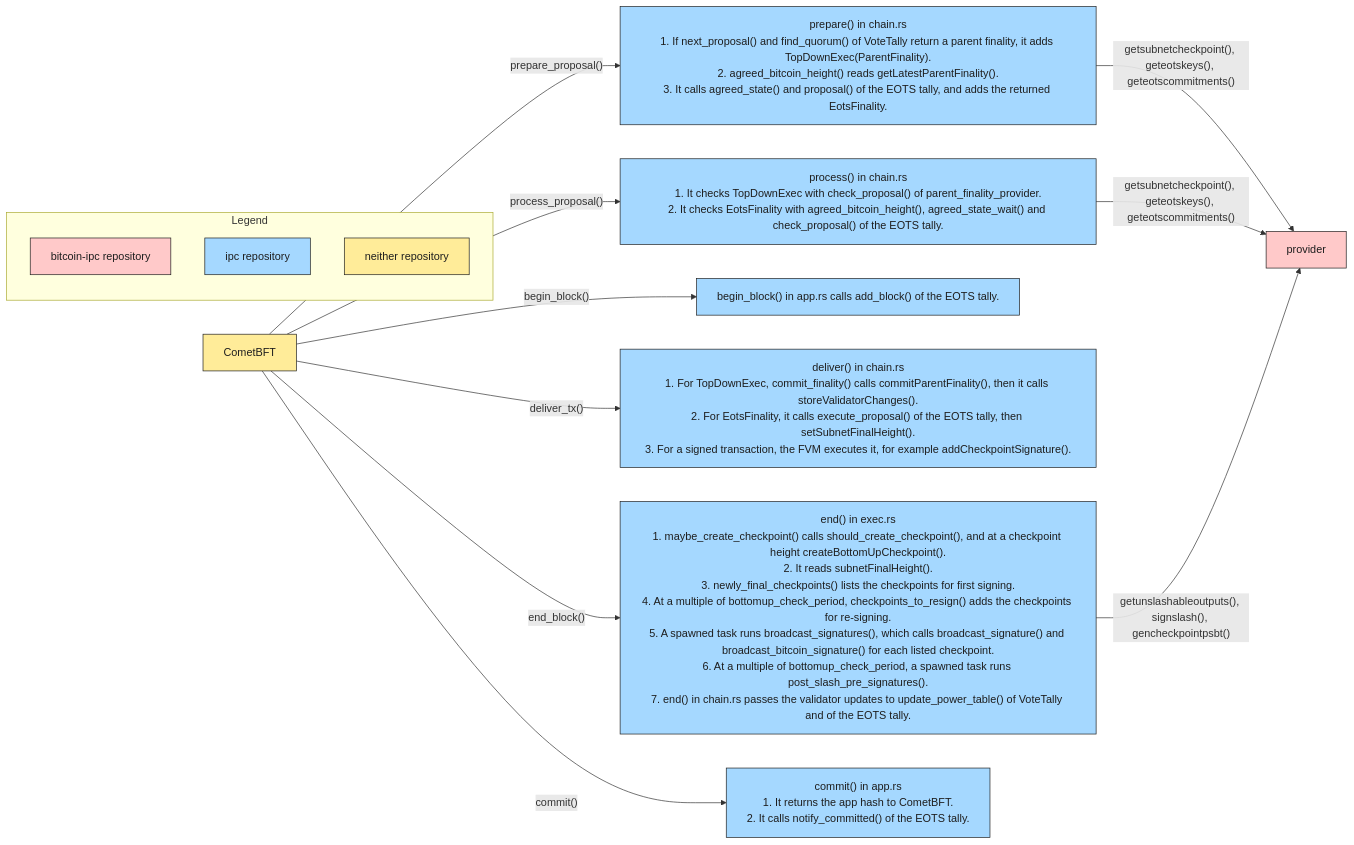
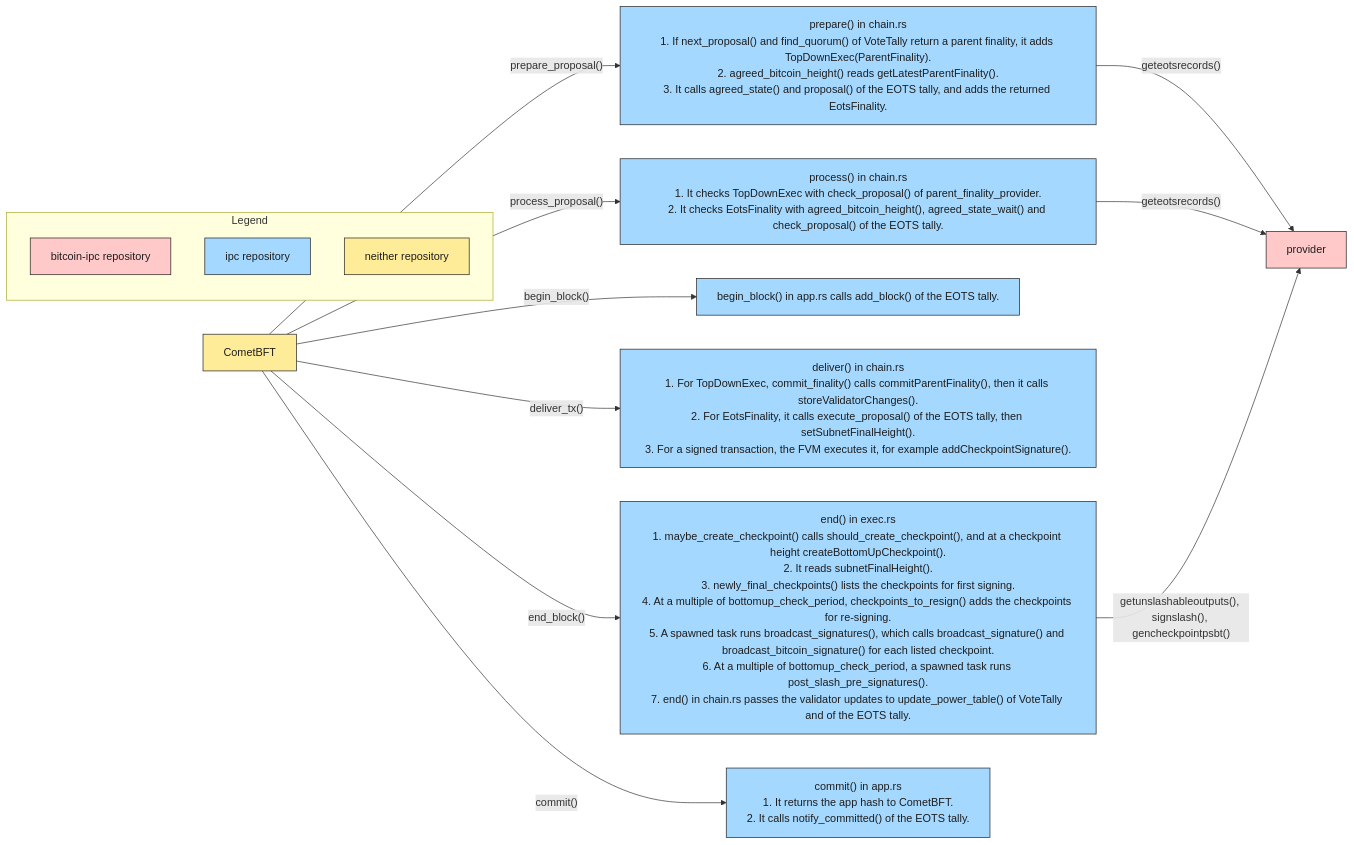
The second of 3 diagrams in docs/architecture/finality-and-checkpoints.md (bitcoinscalinglabs/bitcoin-ipc), drawn with Mermaid before and after one commit. The commit also changed other lines of this file and 16 other files, not shown here.

````diff
--- a/docs/architecture/finality-and-checkpoints.md
+++ b/docs/architecture/finality-and-checkpoints.md
@@ -79,35 +79,35 @@
 ```mermaid
 %%{init: {"flowchart": {"wrappingWidth": 640}}}%%
 flowchart LR
   CMT["CometBFT"]
   PP["prepare() in chain.rs<br/>1. If next_proposal() and find_quorum() of VoteTally return a parent finality, it adds TopDownExec(ParentFinality).<br/>2. agreed_bitcoin_height() reads getLatestParentFinality().<br/>3. It calls agreed_state() and proposal() of the EOTS tally, and adds the returned EotsFinality."]
   PR["process() in chain.rs<br/>1. It checks TopDownExec with check_proposal() of parent_finality_provider.<br/>2. It checks EotsFinality with agreed_bitcoin_height(), agreed_state_wait() and check_proposal() of the EOTS tally."]
   BB["begin_block() in app.rs calls add_block() of the EOTS tally."]
   DT["deliver() in chain.rs<br/>1. For TopDownExec, commit_finality() calls commitParentFinality(), then it calls storeValidatorChanges().<br/>2. For EotsFinality, it calls execute_proposal() of the EOTS tally, then setSubnetFinalHeight().<br/>3. For a signed transaction, the FVM executes it, for example addCheckpointSignature()."]
   EB["end() in exec.rs<br/>1. maybe_create_checkpoint() calls should_create_checkpoint(), and at a checkpoint height createBottomUpCheckpoint().<br/>2. It reads subnetFinalHeight().<br/>3. newly_final_checkpoints() lists the checkpoints for first signing.<br/>4. At a multiple of bottomup_check_period, checkpoints_to_resign() adds the checkpoints for re-signing.<br/>5. A spawned task runs broadcast_signatures(), which calls broadcast_signature() and broadcast_bitcoin_signature() for each listed checkpoint.<br/>6. At a multiple of bottomup_check_period, a spawned task runs post_slash_pre_signatures().<br/>7. end() in chain.rs passes the validator updates to update_power_table() of VoteTally and of the EOTS tally."]
   CO["commit() in app.rs<br/>1. It returns the app hash to CometBFT.<br/>2. It calls notify_committed() of the EOTS tally."]
   PRV["provider"]
 
   CMT -->|"prepare_proposal()"| PP
   CMT -->|"process_proposal()"| PR
   CMT -->|"begin_block()"| BB
   CMT -->|"deliver_tx()"| DT
   CMT -->|"end_block()"| EB
   CMT -->|"commit()"| CO
-  PP -->|"getsubnetcheckpoint(), geteotskeys(), geteotscommitments()"| PRV
-  PR -->|"getsubnetcheckpoint(), geteotskeys(), geteotscommitments()"| PRV
+  PP -->|"geteotsrecords()"| PRV
+  PR -->|"geteotsrecords()"| PRV
   EB -->|"getunslashableoutputs(), signslash(), gencheckpointpsbt()"| PRV
 
   subgraph Legend
     LB["bitcoin-ipc repository"]
     LI["ipc repository"]
     LX["neither repository"]
   end
 
   classDef bitcoinipc fill:#ffc9c9,stroke:#1e1e1e,color:#1e1e1e
   classDef ipc fill:#a5d8ff,stroke:#1e1e1e,color:#1e1e1e
   classDef external fill:#ffec99,stroke:#1e1e1e,color:#1e1e1e
   class PRV,LB bitcoinipc
   class PP,PR,BB,DT,EB,CO,LI ipc
   class CMT,LX external
 ```
````
